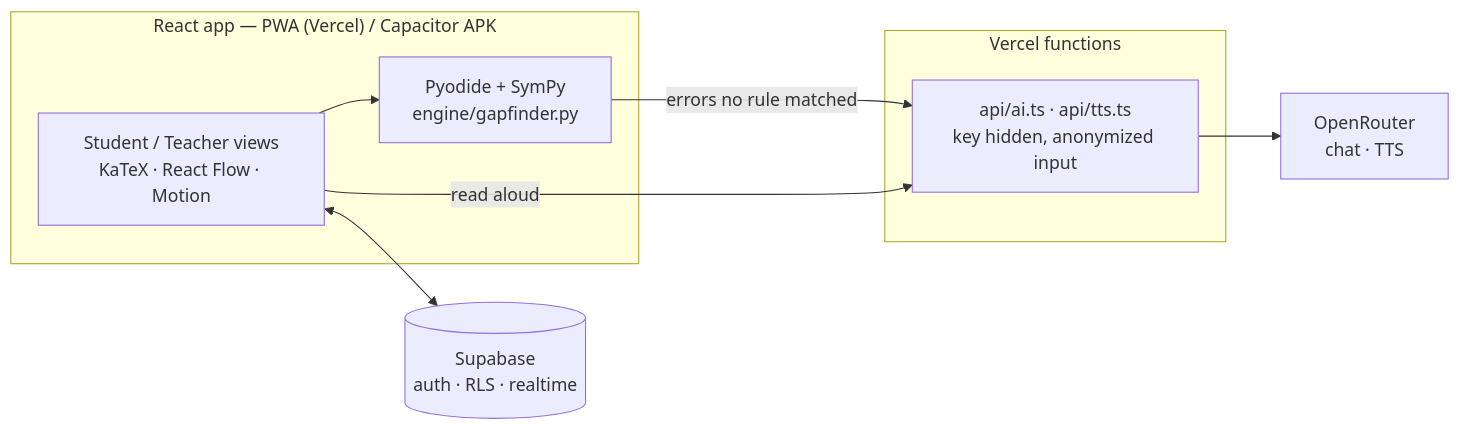
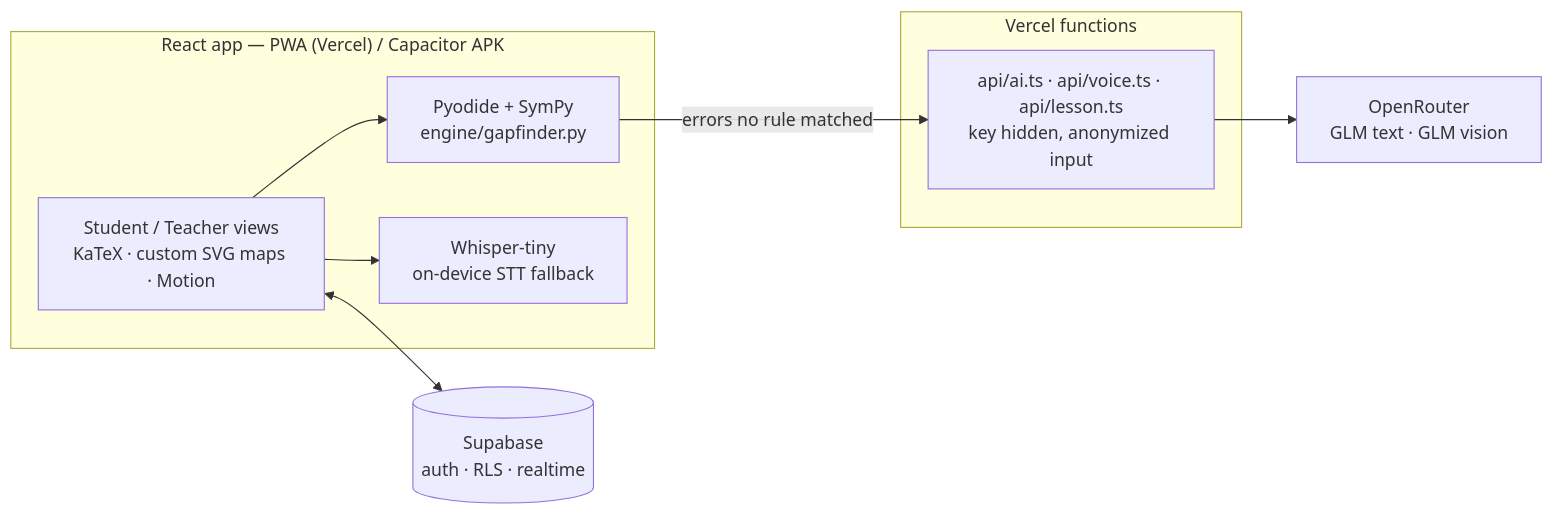
Before and after one commit to Manflora27/HackathonBsit: the diagram in README.md, drawn with Mermaid. The commit also changed other lines of this file and 121 other files, not shown here.

````diff
--- a/README.md
+++ b/README.md
@@ -34,15 +39,16 @@
 ```mermaid
 flowchart LR
   subgraph APP["React app — PWA (Vercel) / Capacitor APK"]
-    UI[Student / Teacher views<br/>KaTeX · React Flow · Motion]
+    UI[Student / Teacher views<br/>KaTeX · custom SVG maps · Motion]
     PY[Pyodide + SymPy<br/>engine/gapfinder.py]
+    WH[Whisper-tiny<br/>on-device STT fallback]
   end
   subgraph SV["Vercel functions"]
-    PX[api/ai.ts · api/tts.ts<br/>key hidden, anonymized input]
+    PX[api/ai.ts · api/voice.ts · api/lesson.ts<br/>key hidden, anonymized input]
   end
   UI --> PY
+  UI --> WH
   PY -- errors no rule matched --> PX
-  UI -- read aloud --> PX
-  PX --> OR[OpenRouter<br/>chat · TTS]
+  PX --> OR[OpenRouter<br/>GLM text · GLM vision]
   UI <--> DB[(Supabase<br/>auth · RLS · realtime)]
 ```
````
